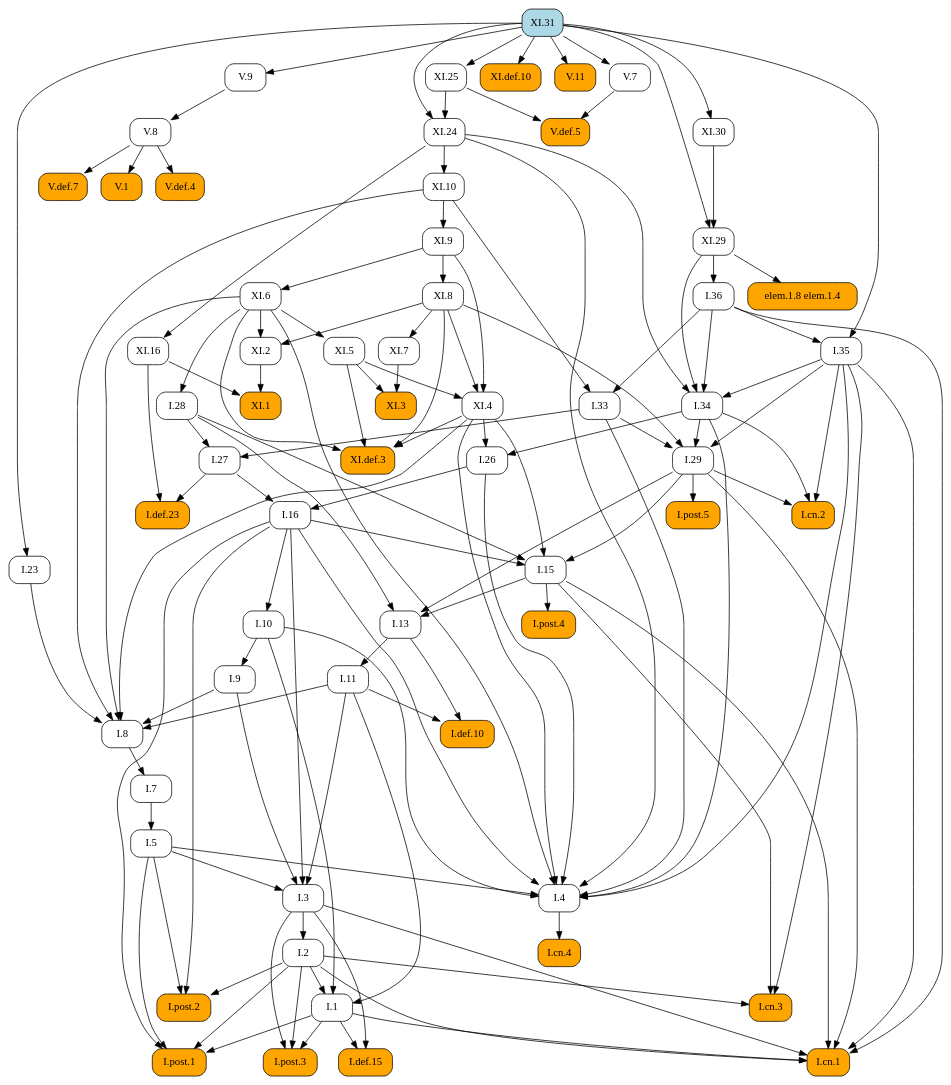
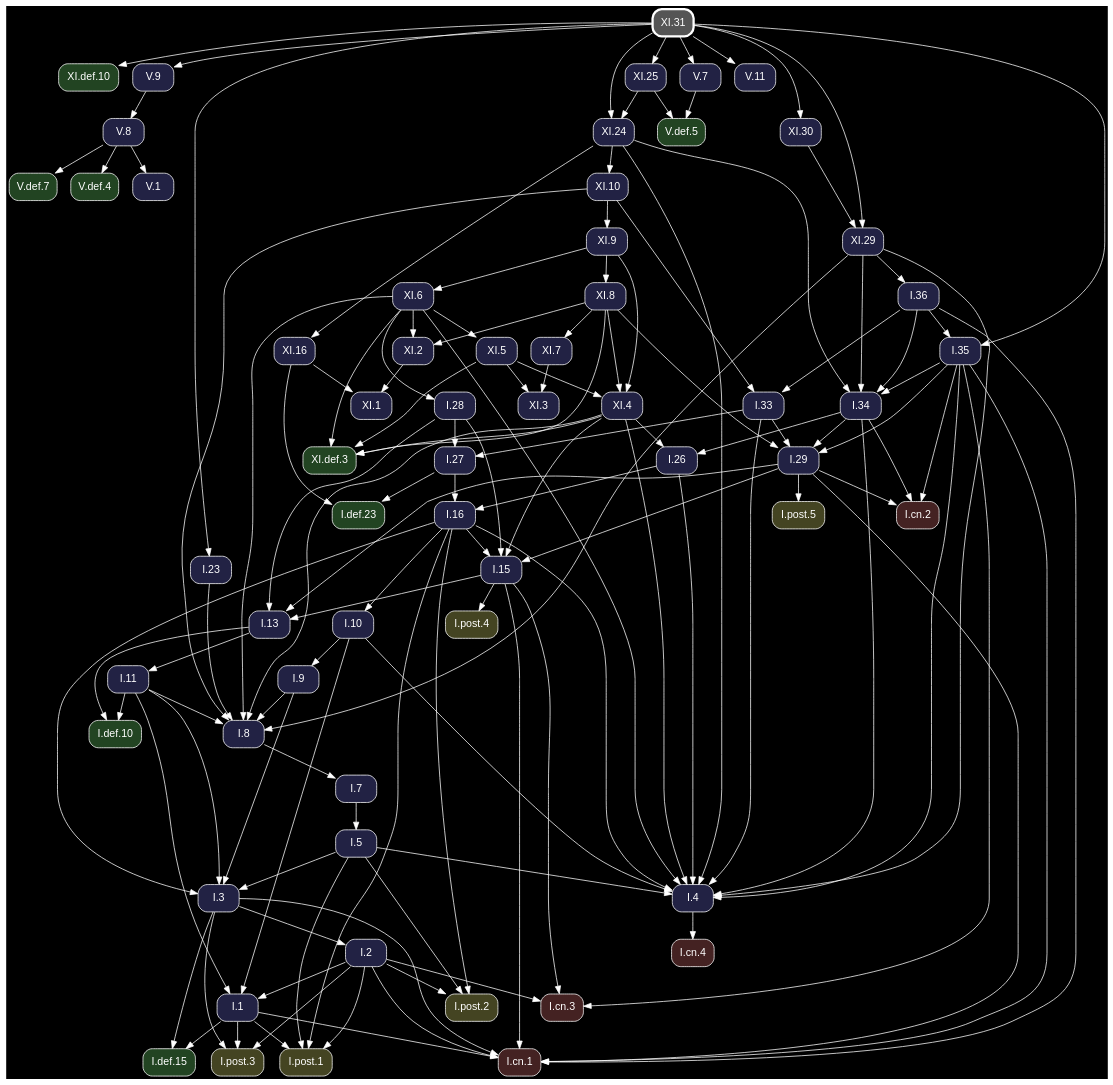
The diagram in docsrc/heath/XI/31/index.rst (geometor/elements), drawn with Graphviz before and after one commit. The commit also changed other lines of this file and 1200 other files, not shown here.

Commit message:
update dependency graphs

```diff
--- a/docsrc/heath/XI/31/index.rst
+++ b/docsrc/heath/XI/31/index.rst
@@ -68,121 +68,78 @@
 .. graphviz::
 
    digraph {
+     bgcolor="black";
+     node [shape=box, style="rounded,filled", fontname="Helvetica", color="white", fontcolor="white"];
+     edge [color="white", fontcolor="white"];
      rankdir="TB";
-     node [shape=box, style=rounded];
-     "I.23" [URL="/heath/I/23/", target="_top"];
-     "I.9" [URL="/heath/I/9/", target="_top"];
-     "I.33" [URL="/heath/I/33/", target="_top"];
-     "XI.4" [URL="/heath/XI/4/", target="_top"];
-     "I.def.15" [style="rounded,filled", fillcolor=orange, URL="/heath/I/def.15/", target="_top"];
-     "XI.8" [URL="/heath/XI/8/", target="_top"];
-     "XI.24" [URL="/heath/XI/24/", target="_top"];
-     "V.7" [URL="/heath/V/7/", target="_top"];
-     "XI.6" [URL="/heath/XI/6/", target="_top"];
-     "I.post.3" [style="rounded,filled", fillcolor=orange, URL="/heath/I/post.3/", target="_top"];
-     "I.post.1" [style="rounded,filled", fillcolor=orange, URL="/heath/I/post.1/", target="_top"];
-     "V.def.5" [style="rounded,filled", fillcolor=orange, URL="/heath/V/def.5/", target="_top"];
-     "XI.3" [style="rounded,filled", fillcolor=orange, URL="/heath/XI/3/", target="_top"];
-     "V.9" [URL="/heath/V/9/", target="_top"];
-     "XI.def.10" [style="rounded,filled", fillcolor=orange, URL="/heath/XI/def.10/", target="_top"];
-     "I.def.10" [style="rounded,filled", fillcolor=orange, URL="/heath/I/def.10/", target="_top"];
-     "XI.def.3" [style="rounded,filled", fillcolor=orange, URL="/heath/XI/def.3/", target="_top"];
-     "XI.10" [URL="/heath/XI/10/", target="_top"];
-     "elem.1.8 elem.1.4" [style="rounded,filled", fillcolor=orange];
-     "I.27" [URL="/heath/I/27/", target="_top"];
-     "V.11" [style="rounded,filled", fillcolor=orange, URL="/heath/V/11/", target="_top"];
-     "I.34" [URL="/heath/I/34/", target="_top"];
-     "XI.2" [URL="/heath/XI/2/", target="_top"];
-     "I.3" [URL="/heath/I/3/", target="_top"];
-     "V.def.4" [style="rounded,filled", fillcolor=orange, URL="/heath/V/def.4/", target="_top"];
-     "XI.7" [URL="/heath/XI/7/", target="_top"];
-     "I.35" [URL="/heath/I/35/", target="_top"];
-     "I.cn.1" [style="rounded,filled", fillcolor=orange, URL="/heath/I/cn.1/", target="_top"];
-     "I.7" [URL="/heath/I/7/", target="_top"];
-     "V.def.7" [style="rounded,filled", fillcolor=orange, URL="/heath/V/def.7/", target="_top"];
-     "I.2" [URL="/heath/I/2/", target="_top"];
-     "I.36" [URL="/heath/I/36/", target="_top"];
-     "I.13" [URL="/heath/I/13/", target="_top"];
-     "I.post.4" [style="rounded,filled", fillcolor=orange, URL="/heath/I/post.4/", target="_top"];
-     "I.4" [URL="/heath/I/4/", target="_top"];
-     "I.1" [URL="/heath/I/1/", target="_top"];
-     "XI.16" [URL="/heath/XI/16/", target="_top"];
-     "I.5" [URL="/heath/I/5/", target="_top"];
-     "I.8" [URL="/heath/I/8/", target="_top"];
-     "I.cn.3" [style="rounded,filled", fillcolor=orange, URL="/heath/I/cn.3/", target="_top"];
-     "I.29" [URL="/heath/I/29/", target="_top"];
-     "XI.5" [URL="/heath/XI/5/", target="_top"];
-     "I.16" [URL="/heath/I/16/", target="_top"];
-     "V.8" [URL="/heath/V/8/", target="_top"];
-     "XI.31" [style="rounded,filled", fillcolor=lightblue, URL="/heath/XI/31/", target="_top"];
-     "I.15" [URL="/heath/I/15/", target="_top"];
-     "XI.29" [URL="/heath/XI/29/", target="_top"];
-     "V.1" [style="rounded,filled", fillcolor=orange, URL="/heath/V/1/", target="_top"];
-     "I.11" [URL="/heath/I/11/", target="_top"];
-     "I.def.23" [style="rounded,filled", fillcolor=orange, URL="/heath/I/def.23/", target="_top"];
-     "I.10" [URL="/heath/I/10/", target="_top"];
-     "XI.9" [URL="/heath/XI/9/", target="_top"];
-     "I.cn.2" [style="rounded,filled", fillcolor=orange, URL="/heath/I/cn.2/", target="_top"];
-     "I.post.5" [style="rounded,filled", fillcolor=orange, URL="/heath/I/post.5/", target="_top"];
-     "I.28" [URL="/heath/I/28/", target="_top"];
-     "I.cn.4" [style="rounded,filled", fillcolor=orange, URL="/heath/I/cn.4/", target="_top"];
-     "XI.1" [style="rounded,filled", fillcolor=orange, URL="/heath/XI/1/", target="_top"];
-     "I.post.2" [style="rounded,filled", fillcolor=orange, URL="/heath/I/post.2/", target="_top"];
-     "I.26" [URL="/heath/I/26/", target="_top"];
-     "XI.30" [URL="/heath/XI/30/", target="_top"];
-     "XI.25" [URL="/heath/XI/25/", target="_top"];
-     "XI.31" -> "I.23";
-     "I.10" -> "I.9";
-     "I.36" -> "I.33";
-     "XI.10" -> "I.33";
-     "XI.5" -> "XI.4";
-     "XI.8" -> "XI.4";
-     "XI.9" -> "XI.4";
-     "I.1" -> "I.def.15";
-     "I.3" -> "I.def.15";
-     "XI.9" -> "XI.8";
-     "XI.25" -> "XI.24";
-     "XI.31" -> "XI.24";
-     "XI.31" -> "V.7";
-     "XI.9" -> "XI.6";
-     "I.1" -> "I.post.3";
-     "I.2" -> "I.post.3";
-     "I.3" -> "I.post.3";
-     "I.1" -> "I.post.1";
-     "I.2" -> "I.post.1";
-     "I.5" -> "I.post.1";
-     "I.16" -> "I.post.1";
+     "V.def.5" [fillcolor="#224422", URL="/heath/V/def.5/", target="_top"];
+     "XI.7" [fillcolor="#222244", URL="/heath/XI/7/", target="_top"];
+     "XI.8" [fillcolor="#222244", URL="/heath/XI/8/", target="_top"];
+     "I.3" [fillcolor="#222244", URL="/heath/I/3/", target="_top"];
+     "I.cn.1" [fillcolor="#442222", URL="/heath/I/cn.1/", target="_top"];
+     "XI.def.3" [fillcolor="#224422", URL="/heath/XI/def.3/", target="_top"];
+     "I.def.10" [fillcolor="#224422", URL="/heath/I/def.10/", target="_top"];
+     "I.15" [fillcolor="#222244", URL="/heath/I/15/", target="_top"];
+     "XI.5" [fillcolor="#222244", URL="/heath/XI/5/", target="_top"];
+     "XI.def.10" [fillcolor="#224422", URL="/heath/XI/def.10/", target="_top"];
+     "I.13" [fillcolor="#222244", URL="/heath/I/13/", target="_top"];
+     "I.27" [fillcolor="#222244", URL="/heath/I/27/", target="_top"];
+     "I.28" [fillcolor="#222244", URL="/heath/I/28/", target="_top"];
+     "I.2" [fillcolor="#222244", URL="/heath/I/2/", target="_top"];
+     "XI.3" [fillcolor="#222244", URL="/heath/XI/3/", target="_top"];
+     "I.cn.2" [fillcolor="#442222", URL="/heath/I/cn.2/", target="_top"];
+     "XI.1" [fillcolor="#222244", URL="/heath/XI/1/", target="_top"];
+     "I.9" [fillcolor="#222244", URL="/heath/I/9/", target="_top"];
+     "I.1" [fillcolor="#222244", URL="/heath/I/1/", target="_top"];
+     "I.post.5" [fillcolor="#444422", URL="/heath/I/post.5/", target="_top"];
+     "I.post.4" [fillcolor="#444422", URL="/heath/I/post.4/", target="_top"];
+     "I.23" [fillcolor="#222244", URL="/heath/I/23/", target="_top"];
+     "I.26" [fillcolor="#222244", URL="/heath/I/26/", target="_top"];
+     "I.8" [fillcolor="#222244", URL="/heath/I/8/", target="_top"];
+     "XI.24" [fillcolor="#222244", URL="/heath/XI/24/", target="_top"];
+     "I.4" [fillcolor="#222244", URL="/heath/I/4/", target="_top"];
+     "I.7" [fillcolor="#222244", URL="/heath/I/7/", target="_top"];
+     "V.7" [fillcolor="#222244", URL="/heath/V/7/", target="_top"];
+     "I.5" [fillcolor="#222244", URL="/heath/I/5/", target="_top"];
+     "XI.16" [fillcolor="#222244", URL="/heath/XI/16/", target="_top"];
+     "V.9" [fillcolor="#222244", URL="/heath/V/9/", target="_top"];
+     "I.10" [fillcolor="#222244", URL="/heath/I/10/", target="_top"];
+     "XI.30" [fillcolor="#222244", URL="/heath/XI/30/", target="_top"];
+     "V.11" [fillcolor="#222244", URL="/heath/V/11/", target="_top"];
+     "V.def.7" [fillcolor="#224422", URL="/heath/V/def.7/", target="_top"];
+     "V.def.4" [fillcolor="#224422", URL="/heath/V/def.4/", target="_top"];
+     "XI.25" [fillcolor="#222244", URL="/heath/XI/25/", target="_top"];
+     "I.post.1" [fillcolor="#444422", URL="/heath/I/post.1/", target="_top"];
+     "XI.29" [fillcolor="#222244", URL="/heath/XI/29/", target="_top"];
+     "I.11" [fillcolor="#222244", URL="/heath/I/11/", target="_top"];
+     "I.16" [fillcolor="#222244", URL="/heath/I/16/", target="_top"];
+     "I.cn.3" [fillcolor="#442222", URL="/heath/I/cn.3/", target="_top"];
+     "I.36" [fillcolor="#222244", URL="/heath/I/36/", target="_top"];
+     "I.29" [fillcolor="#222244", URL="/heath/I/29/", target="_top"];
+     "XI.9" [fillcolor="#222244", URL="/heath/XI/9/", target="_top"];
+     "I.post.2" [fillcolor="#444422", URL="/heath/I/post.2/", target="_top"];
+     "I.cn.4" [fillcolor="#442222", URL="/heath/I/cn.4/", target="_top"];
+     "I.def.23" [fillcolor="#224422", URL="/heath/I/def.23/", target="_top"];
+     "I.35" [fillcolor="#222244", URL="/heath/I/35/", target="_top"];
+     "V.1" [fillcolor="#222244", URL="/heath/V/1/", target="_top"];
+     "I.post.3" [fillcolor="#444422", URL="/heath/I/post.3/", target="_top"];
+     "V.8" [fillcolor="#222244", URL="/heath/V/8/", target="_top"];
+     "I.33" [fillcolor="#222244", URL="/heath/I/33/", target="_top"];
+     "I.34" [fillcolor="#222244", URL="/heath/I/34/", target="_top"];
+     "XI.10" [fillcolor="#222244", URL="/heath/XI/10/", target="_top"];
+     "XI.31" [penwidth=3, color="white", fillcolor="#555555", URL="/heath/XI/31/", target="_top"];
+     "I.def.15" [fillcolor="#224422", URL="/heath/I/def.15/", target="_top"];
+     "XI.4" [fillcolor="#222244", URL="/heath/XI/4/", target="_top"];
+     "XI.2" [fillcolor="#222244", URL="/heath/XI/2/", target="_top"];
+     "XI.6" [fillcolor="#222244", URL="/heath/XI/6/", target="_top"];
      "V.7" -> "V.def.5";
      "XI.25" -> "V.def.5";
-     "XI.5" -> "XI.3";
-     "XI.7" -> "XI.3";
-     "XI.31" -> "V.9";
-     "XI.31" -> "XI.def.10";
-     "I.11" -> "I.def.10";
-     "I.13" -> "I.def.10";
-     "XI.4" -> "XI.def.3";
-     "XI.5" -> "XI.def.3";
-     "XI.6" -> "XI.def.3";
-     "XI.8" -> "XI.def.3";
-     "XI.24" -> "XI.10";
-     "XI.29" -> "elem.1.8 elem.1.4";
-     "I.28" -> "I.27";
-     "I.33" -> "I.27";
-     "XI.31" -> "V.11";
-     "I.35" -> "I.34";
-     "I.36" -> "I.34";
-     "XI.24" -> "I.34";
-     "XI.29" -> "I.34";
-     "XI.6" -> "XI.2";
-     "XI.8" -> "XI.2";
+     "XI.8" -> "XI.7";
+     "XI.9" -> "XI.8";
      "I.5" -> "I.3";
      "I.9" -> "I.3";
      "I.11" -> "I.3";
      "I.16" -> "I.3";
-     "V.8" -> "V.def.4";
-     "XI.8" -> "XI.7";
-     "I.36" -> "I.35";
-     "XI.31" -> "I.35";
      "I.1" -> "I.cn.1";
      "I.2" -> "I.cn.1";
      "I.3" -> "I.cn.1";
@@ -190,14 +147,50 @@
      "I.29" -> "I.cn.1";
      "I.35" -> "I.cn.1";
      "I.36" -> "I.cn.1";
-     "I.8" -> "I.7";
-     "V.8" -> "V.def.7";
-     "I.3" -> "I.2";
-     "XI.29" -> "I.36";
+     "XI.4" -> "XI.def.3";
+     "XI.5" -> "XI.def.3";
+     "XI.6" -> "XI.def.3";
+     "XI.8" -> "XI.def.3";
+     "I.11" -> "I.def.10";
+     "I.13" -> "I.def.10";
+     "I.16" -> "I.15";
+     "I.28" -> "I.15";
+     "I.29" -> "I.15";
+     "XI.4" -> "I.15";
+     "XI.6" -> "XI.5";
+     "XI.31" -> "XI.def.10";
      "I.15" -> "I.13";
      "I.28" -> "I.13";
      "I.29" -> "I.13";
+     "I.28" -> "I.27";
+     "I.33" -> "I.27";
+     "XI.6" -> "I.28";
+     "I.3" -> "I.2";
+     "XI.5" -> "XI.3";
+     "XI.7" -> "XI.3";
+     "I.29" -> "I.cn.2";
+     "I.34" -> "I.cn.2";
+     "I.35" -> "I.cn.2";
+     "XI.2" -> "XI.1";
+     "XI.16" -> "XI.1";
+     "I.10" -> "I.9";
+     "I.2" -> "I.1";
+     "I.10" -> "I.1";
+     "I.11" -> "I.1";
+     "I.29" -> "I.post.5";
      "I.15" -> "I.post.4";
+     "XI.31" -> "I.23";
+     "I.34" -> "I.26";
+     "XI.4" -> "I.26";
+     "I.9" -> "I.8";
+     "I.11" -> "I.8";
+     "I.23" -> "I.8";
+     "XI.4" -> "I.8";
+     "XI.6" -> "I.8";
+     "XI.10" -> "I.8";
+     "XI.29" -> "I.8";
+     "XI.25" -> "XI.24";
+     "XI.31" -> "XI.24";
      "I.5" -> "I.4";
      "I.10" -> "I.4";
      "I.16" -> "I.4";
@@ -208,53 +201,62 @@
      "XI.4" -> "I.4";
      "XI.6" -> "I.4";
      "XI.24" -> "I.4";
-     "I.2" -> "I.1";
-     "I.10" -> "I.1";
-     "I.11" -> "I.1";
+     "XI.29" -> "I.4";
+     "I.8" -> "I.7";
+     "XI.31" -> "V.7";
+     "I.7" -> "I.5";
      "XI.24" -> "XI.16";
-     "I.7" -> "I.5";
-     "I.9" -> "I.8";
-     "I.11" -> "I.8";
-     "I.23" -> "I.8";
-     "XI.4" -> "I.8";
-     "XI.6" -> "I.8";
-     "XI.10" -> "I.8";
+     "XI.31" -> "V.9";
+     "I.16" -> "I.10";
+     "XI.31" -> "XI.30";
+     "XI.31" -> "V.11";
+     "V.8" -> "V.def.7";
+     "V.8" -> "V.def.4";
+     "XI.31" -> "XI.25";
+     "I.1" -> "I.post.1";
+     "I.2" -> "I.post.1";
+     "I.5" -> "I.post.1";
+     "I.16" -> "I.post.1";
+     "XI.30" -> "XI.29";
+     "XI.31" -> "XI.29";
+     "I.13" -> "I.11";
+     "I.26" -> "I.16";
+     "I.27" -> "I.16";
      "I.2" -> "I.cn.3";
      "I.15" -> "I.cn.3";
      "I.35" -> "I.cn.3";
+     "XI.29" -> "I.36";
      "I.33" -> "I.29";
      "I.34" -> "I.29";
      "I.35" -> "I.29";
      "XI.8" -> "I.29";
-     "XI.6" -> "XI.5";
-     "I.26" -> "I.16";
-     "I.27" -> "I.16";
-     "V.9" -> "V.8";
-     "I.16" -> "I.15";
-     "I.28" -> "I.15";
-     "I.29" -> "I.15";
-     "XI.4" -> "I.15";
-     "XI.30" -> "XI.29";
-     "XI.31" -> "XI.29";
-     "V.8" -> "V.1";
-     "I.13" -> "I.11";
-     "I.27" -> "I.def.23";
-     "XI.16" -> "I.def.23";
-     "I.16" -> "I.10";
      "XI.10" -> "XI.9";
-     "I.29" -> "I.cn.2";
-     "I.34" -> "I.cn.2";
-     "I.35" -> "I.cn.2";
-     "I.29" -> "I.post.5";
-     "XI.6" -> "I.28";
-     "I.4" -> "I.cn.4";
-     "XI.2" -> "XI.1";
-     "XI.16" -> "XI.1";
      "I.2" -> "I.post.2";
      "I.5" -> "I.post.2";
      "I.16" -> "I.post.2";
-     "I.34" -> "I.26";
-     "XI.4" -> "I.26";
-     "XI.31" -> "XI.30";
-     "XI.31" -> "XI.25";
+     "I.4" -> "I.cn.4";
+     "I.27" -> "I.def.23";
+     "XI.16" -> "I.def.23";
+     "I.36" -> "I.35";
+     "XI.31" -> "I.35";
+     "V.8" -> "V.1";
+     "I.1" -> "I.post.3";
+     "I.2" -> "I.post.3";
+     "I.3" -> "I.post.3";
+     "V.9" -> "V.8";
+     "I.36" -> "I.33";
+     "XI.10" -> "I.33";
+     "I.35" -> "I.34";
+     "I.36" -> "I.34";
+     "XI.24" -> "I.34";
+     "XI.29" -> "I.34";
+     "XI.24" -> "XI.10";
+     "I.1" -> "I.def.15";
+     "I.3" -> "I.def.15";
+     "XI.5" -> "XI.4";
+     "XI.8" -> "XI.4";
+     "XI.9" -> "XI.4";
+     "XI.6" -> "XI.2";
+     "XI.8" -> "XI.2";
+     "XI.9" -> "XI.6";
    }
```
